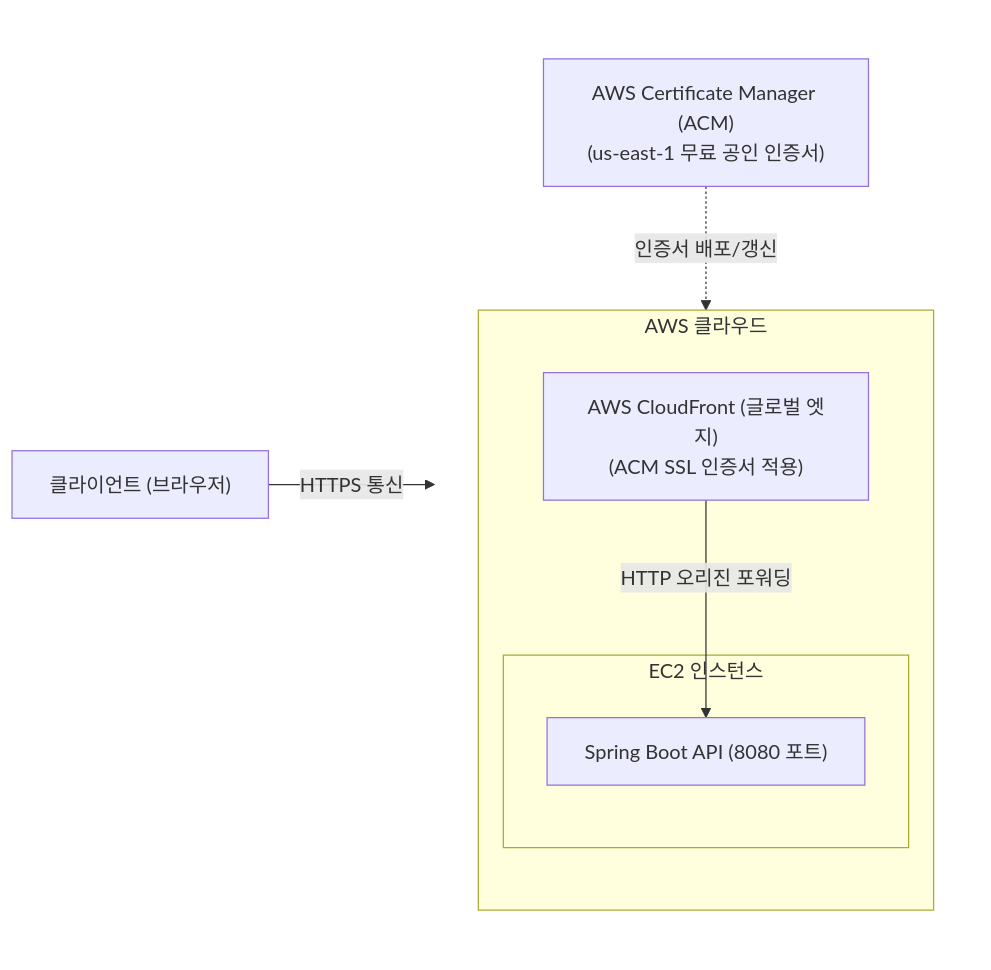
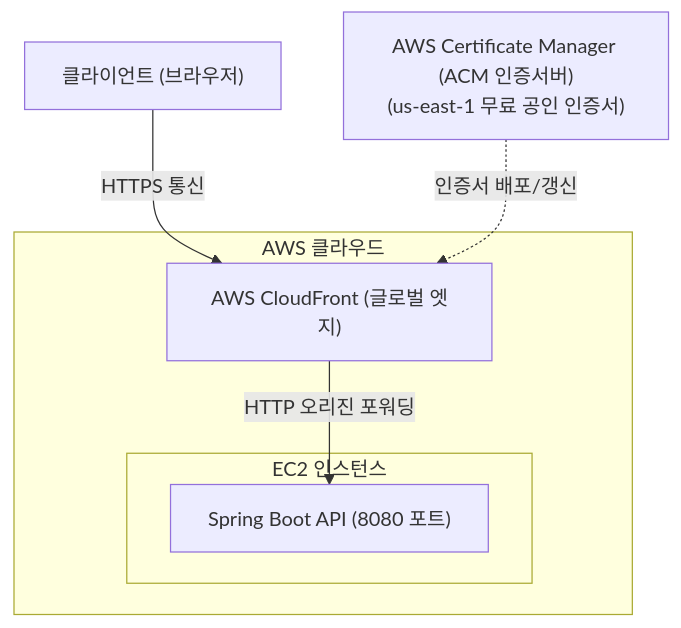
The third of 4 diagrams in guide/04.challenge.md (likelion-backend-25th/22-project-sns), drawn with Mermaid before and after one commit. The commit also changed other lines of this file, not shown here.

````diff
--- a/guide/04.challenge.md
+++ b/guide/04.challenge.md
@@ -307,24 +293,16 @@
 ```mermaid
-flowchart LR
-    Client["클라이언트 (브라우저)"]
+flowchart TD
+    ACM["AWS Certificate Manager (ACM 인증서버)<br/>(us-east-1 무료 공인 인증서)"]
 
-    subgraph ServerSide[" "]
-        direction TB
-        ACM["AWS Certificate Manager (ACM)<br/>(us-east-1 무료 공인 인증서)"]
+    subgraph AWS["AWS 클라우드"]
+        CloudFront["AWS CloudFront (글로벌 엣지)"]
+        subgraph EC2["EC2 인스턴스"]
+            SpringBoot["Spring Boot API (8080 포트)"]
+        end
 
-        subgraph AWS["AWS 클라우드"]
-            direction TB
-            CloudFront["AWS CloudFront (글로벌 엣지)<br/>(ACM SSL 인증서 적용)"]
-            subgraph EC2["EC2 인스턴스"]
-                SpringBoot["Spring Boot API (8080 포트)"]
-            end
-
-            CloudFront -->|"HTTP 오리진 포워딩"| SpringBoot
-        end
+        CloudFront -->|"HTTP 오리진 포워딩"| SpringBoot
     end
 
-    Client -->|"HTTPS 통신"| CloudFront
+    Client["클라이언트 (브라우저)"] -->|"HTTPS 통신"| CloudFront
     ACM -.->|"인증서 배포/갱신"| CloudFront
-
-    style ServerSide fill:none,stroke:none
 ```
````
